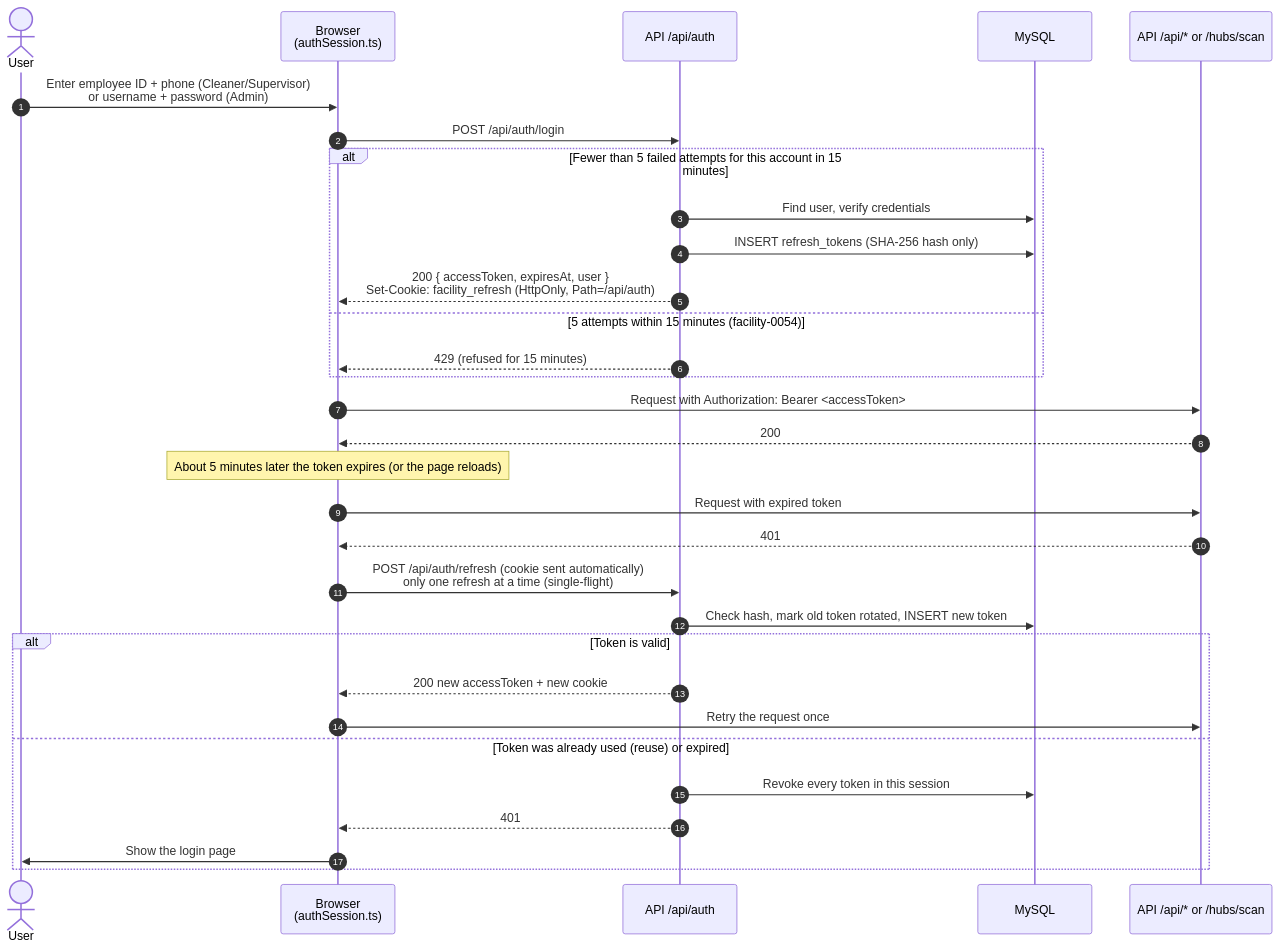
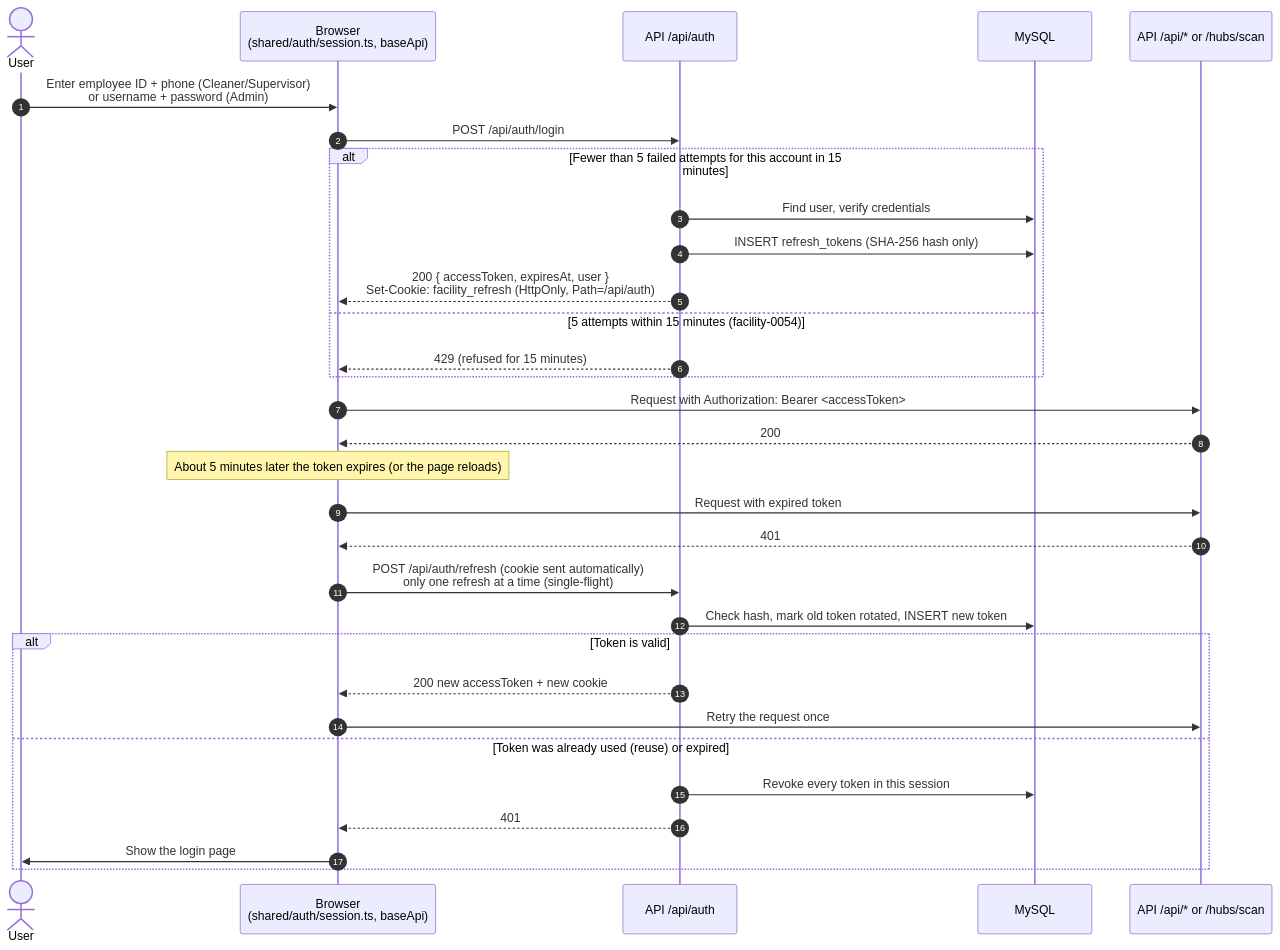
Before and after one commit to ThodsaphonSonthiphin/Facility-Real-time-dashboard: the fifth of 6 diagrams in docs/architecture.md, drawn with Mermaid. The commit also changed other lines of this file and 12 other files, not shown here.

Commit message:
docs: plan 11 ADR amendments, architecture, READMEs and handoff notes for plan 12

````diff
--- a/docs/architecture.md
+++ b/docs/architecture.md
@@ -246,37 +247,37 @@
 ```mermaid
 sequenceDiagram
     autonumber
     actor User
-    participant FE as Browser<br/>(authSession.ts)
+    participant FE as Browser<br/>(shared/auth/session.ts, baseApi)
     participant Auth as API /api/auth
     participant DB as MySQL
     participant Api as API /api/* or /hubs/scan
 
     User->>FE: Enter employee ID + phone (Cleaner/Supervisor)<br/>or username + password (Admin)
     FE->>Auth: POST /api/auth/login
     alt Fewer than 5 failed attempts for this account in 15 minutes
         Auth->>DB: Find user, verify credentials
         Auth->>DB: INSERT refresh_tokens (SHA-256 hash only)
         Auth-->>FE: 200 { accessToken, expiresAt, user }<br/>Set-Cookie: facility_refresh (HttpOnly, Path=/api/auth)
     else 5 attempts within 15 minutes (facility-0054)
         Auth-->>FE: 429 (refused for 15 minutes)
     end
 
     FE->>Api: Request with Authorization: Bearer <accessToken>
     Api-->>FE: 200
 
     Note over FE: About 5 minutes later the token expires (or the page reloads)
 
     FE->>Api: Request with expired token
     Api-->>FE: 401
     FE->>Auth: POST /api/auth/refresh (cookie sent automatically)<br/>only one refresh at a time (single-flight)
     Auth->>DB: Check hash, mark old token rotated, INSERT new token
     alt Token is valid
         Auth-->>FE: 200 new accessToken + new cookie
         FE->>Api: Retry the request once
     else Token was already used (reuse) or expired
         Auth->>DB: Revoke every token in this session
         Auth-->>FE: 401
         FE->>User: Show the login page
     end
 ```
````
